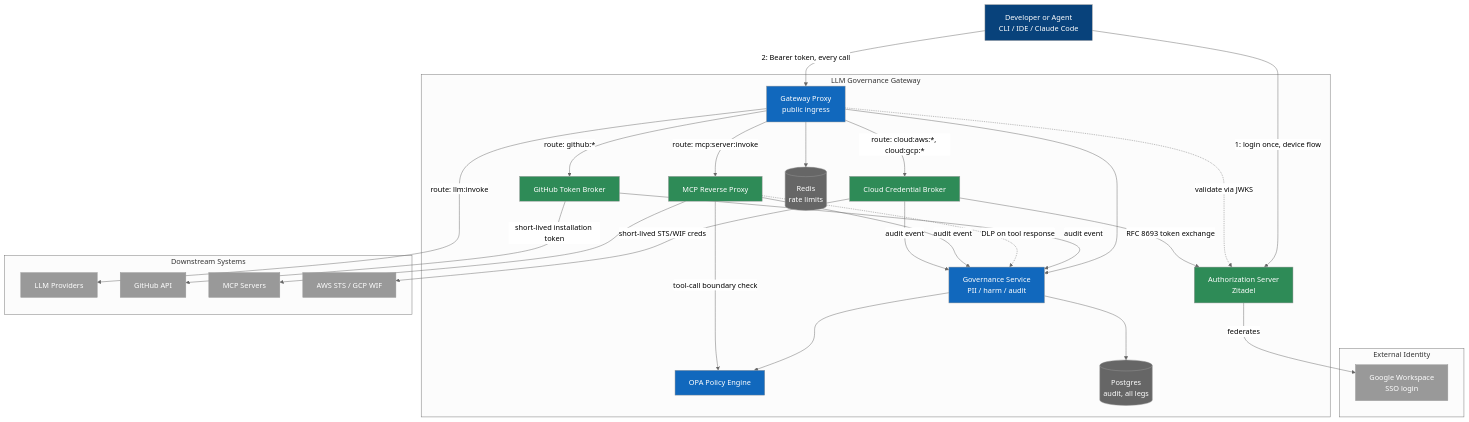
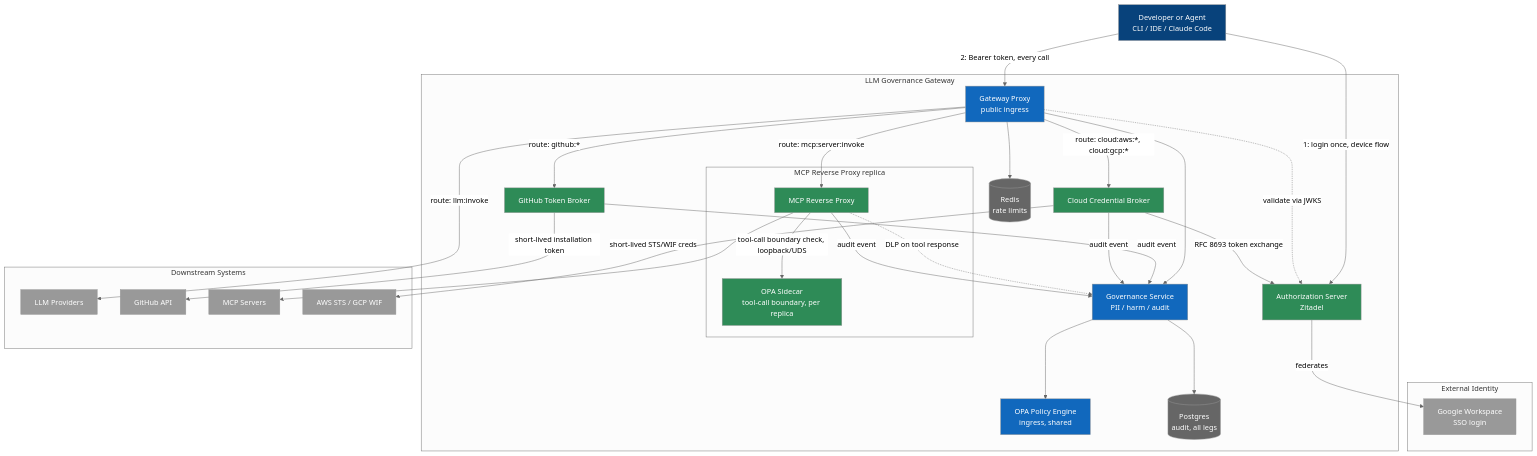
One commit to citadelgrad/llm-governance-gateway changed the first of 3 diagrams in docs/auth-architecture.md. Above: the diagram before and after it, drawn with Mermaid (neutral theme). The commit also changed other lines of this file, not shown here.

First line of the commit message:
docs: resolve OPA tool-boundary as sidecar, not shared instance (ai-gateway-7d8.4)

````diff
--- a/docs/auth-architecture.md
+++ b/docs/auth-architecture.md
@@ -11,61 +11,64 @@
 ```mermaid
 flowchart TB
     dev[Developer or Agent<br/>CLI / IDE / Claude Code]
 
     subgraph ext[External Identity]
         google[Google Workspace<br/>SSO login]
     end
 
     subgraph gw[LLM Governance Gateway]
         as[Authorization Server<br/>Zitadel]
         proxy[Gateway Proxy<br/>public ingress]
         gov[Governance Service<br/>PII / harm / audit]
-        opa[OPA Policy Engine]
+        opa[OPA Policy Engine<br/>ingress, shared]
         ghbroker[GitHub Token Broker]
-        mcpproxy[MCP Reverse Proxy]
+        subgraph mcpreplica[MCP Reverse Proxy replica]
+            mcpproxy[MCP Reverse Proxy]
+            opasidecar[OPA Sidecar<br/>tool-call boundary, per replica]
+        end
         cloudbroker[Cloud Credential Broker]
         pg[(Postgres<br/>audit, all legs)]
         redis[(Redis<br/>rate limits)]
     end
 
     subgraph down[Downstream Systems]
         llm[LLM Providers]
         ghapi[GitHub API]
         mcpservers[MCP Servers]
         clouds[AWS STS / GCP WIF]
     end
 
     dev -->|1: login once, device flow| as
     as -->|federates| google
     dev -->|2: Bearer token, every call| proxy
     proxy -.->|validate via JWKS| as
     proxy --> redis
     proxy --> gov
     gov --> opa
     gov --> pg
     proxy -->|route: llm:invoke| llm
     proxy -->|route: github:*| ghbroker
     ghbroker -->|short-lived installation token| ghapi
     ghbroker -->|audit event| gov
     proxy -->|route: mcp:server:invoke| mcpproxy
-    mcpproxy -->|tool-call boundary check| opa
+    mcpproxy -->|tool-call boundary check, loopback/UDS| opasidecar
     mcpproxy -.->|DLP on tool response| gov
     mcpproxy --> mcpservers
     mcpproxy -->|audit event| gov
     proxy -->|route: cloud:aws:*, cloud:gcp:*| cloudbroker
     cloudbroker -->|RFC 8693 token exchange| as
     cloudbroker -->|short-lived STS/WIF creds| clouds
     cloudbroker -->|audit event| gov
 
     classDef person fill:#08427b,color:#fff
     classDef external fill:#999,color:#fff
     classDef existing fill:#1168bd,color:#fff
     classDef new fill:#2e8b57,color:#fff
     classDef store fill:#666,color:#fff
 
     class dev person
     class google,llm,ghapi,mcpservers,clouds external
     class proxy,gov,opa existing
-    class as,ghbroker,mcpproxy,cloudbroker new
+    class as,ghbroker,mcpproxy,cloudbroker,opasidecar new
     class pg,redis store
 ```
````
